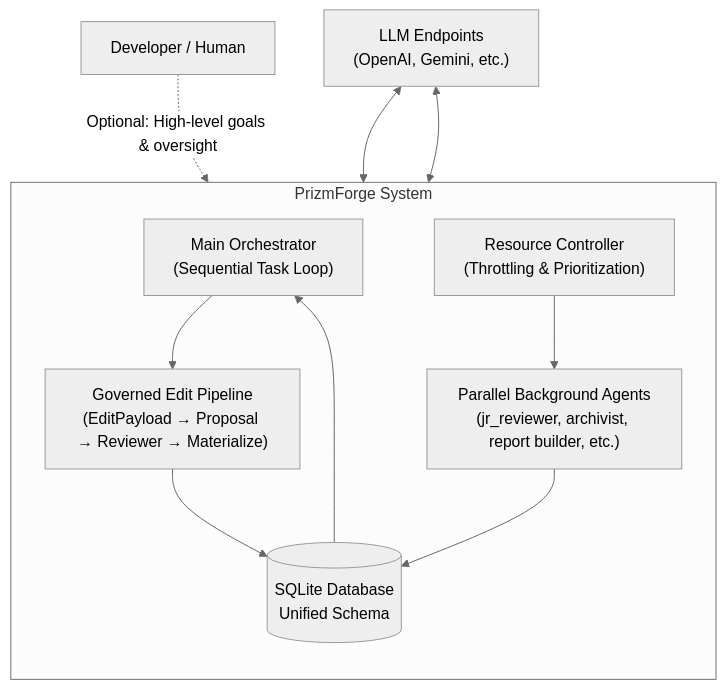
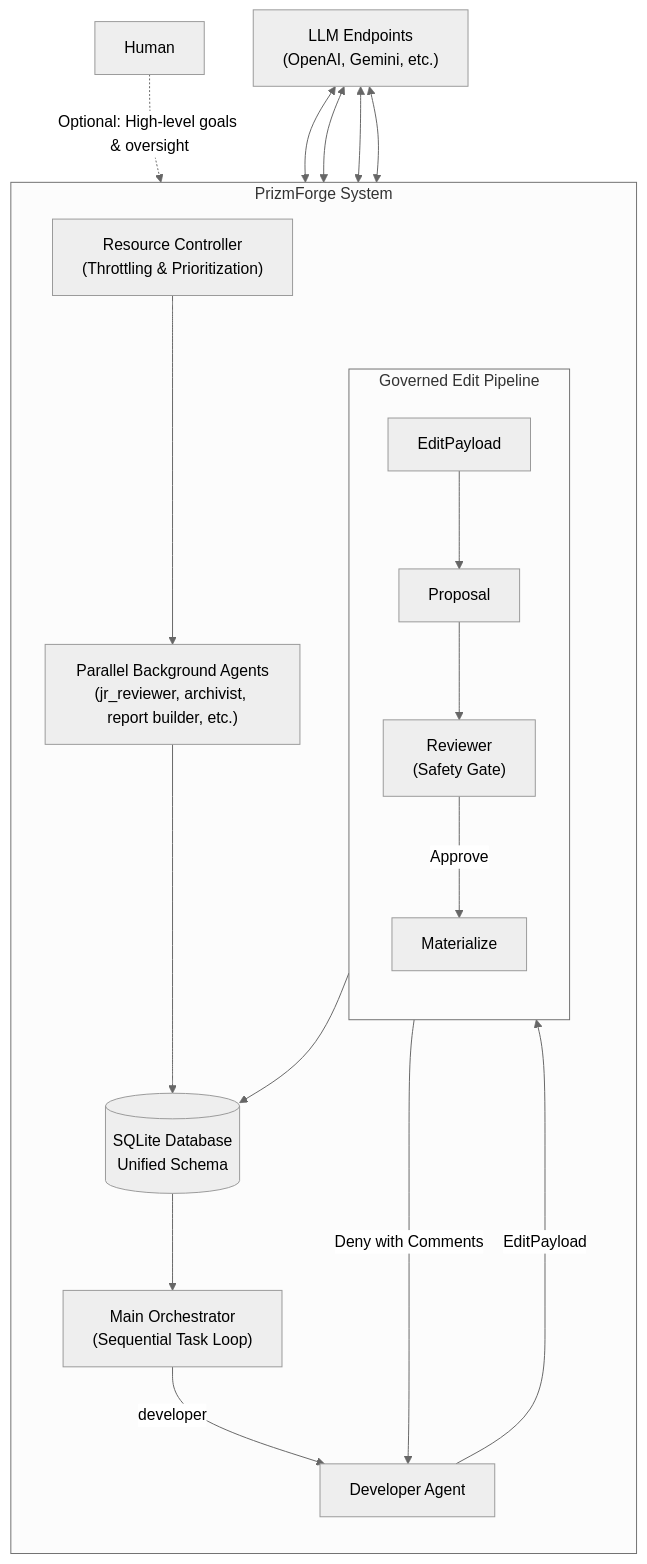
The first of 2 diagrams in README.md (seakintruth/PrizmForge), drawn with Mermaid (neutral theme) before and after one commit. The commit also changed other lines of this file, not shown here.

Commit message:
docs: update system and class architecture diagrams; clarify Reviewer deny path feeds directly to Developer Agent

````diff
--- a/README.md
+++ b/README.md
@@ -22,24 +22,40 @@
 ```mermaid
 flowchart TB
     subgraph PrizmForge["PrizmForge System"]
         direction TB
 
         MainOrch["Main Orchestrator\n(Sequential Task Loop)"]
-        Governed["Governed Edit Pipeline\n(EditPayload → Proposal → Reviewer → Materialize)"]
+        
+        subgraph Governed["Governed Edit Pipeline"]
+            direction TB
+            EditPayload["EditPayload"]
+            Proposal["Proposal"]
+            Reviewer["Reviewer\n(Safety Gate)"]
+            Materialize["Materialize"]
+            
+            EditPayload --> Proposal --> Reviewer
+            Reviewer -->|Approve| Materialize
+        end
+        
+        DeveloperAgent["Developer Agent"]
         Parallel["Parallel Background Agents\n(jr_reviewer, archivist, report builder, etc.)"]
         Resource["Resource Controller\n(Throttling & Prioritization)"]
         DB[(SQLite Database\nUnified Schema)]
 
-        MainOrch --> Governed
-        Governed --> DB
+        MainOrch -->|developer| DeveloperAgent
+        DeveloperAgent -->|EditPayload| EditPayload
+        Materialize --> DB
         Parallel --> DB
         Resource --> Parallel
         
         %% Autonomous loop - Orchestrator reads proposals/tasks from DB (unattended mode)
         DB --> MainOrch
     end
 
-    User["Developer / Human"] -.->|Optional: High-level goals & oversight| MainOrch
+    Human["Human"] -.->|Optional: High-level goals & oversight| MainOrch
+    Reviewer -->|Deny with Comments| DeveloperAgent
     LLM["LLM Endpoints\n(OpenAI, Gemini, etc.)"] <--> MainOrch
     LLM <--> Parallel
+    LLM <--> DeveloperAgent
+    LLM <--> Reviewer
 ```
````
